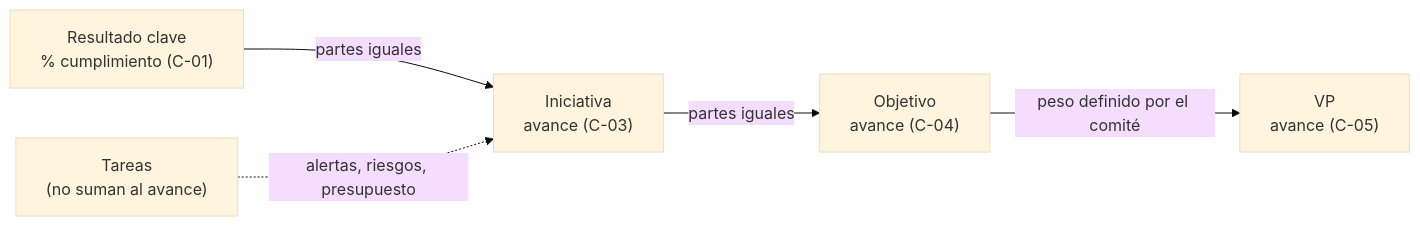
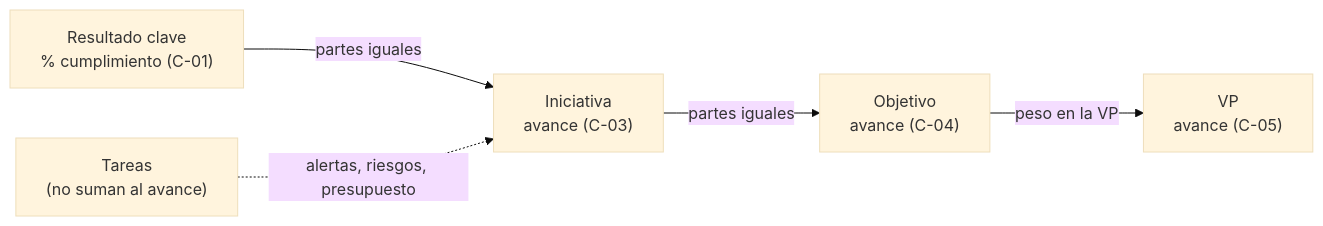
Before and after one commit to MilagrosPessinoCirco/Objetivos-VP: the first of 4 diagrams in docs/especificacion-funcional.md, drawn with Mermaid (base theme). The commit also changed other lines of this file and 8 other files, not shown here.

````diff
--- a/docs/especificacion-funcional.md
+++ b/docs/especificacion-funcional.md
@@ -43,7 +43,7 @@
 ```mermaid
 flowchart LR
   RC["Resultado clave<br>% cumplimiento (C-01)"] -- partes iguales --> I["Iniciativa<br>avance (C-03)"]
   T["Tareas<br>(no suman al avance)"] -. alertas, riesgos, presupuesto .-> I
   I -- partes iguales --> O["Objetivo<br>avance (C-04)"]
-  O -- peso definido por el comité --> V["VP<br>avance (C-05)"]
+  O -- peso en la VP --> V["VP<br>avance (C-05)"]
 ```
````
